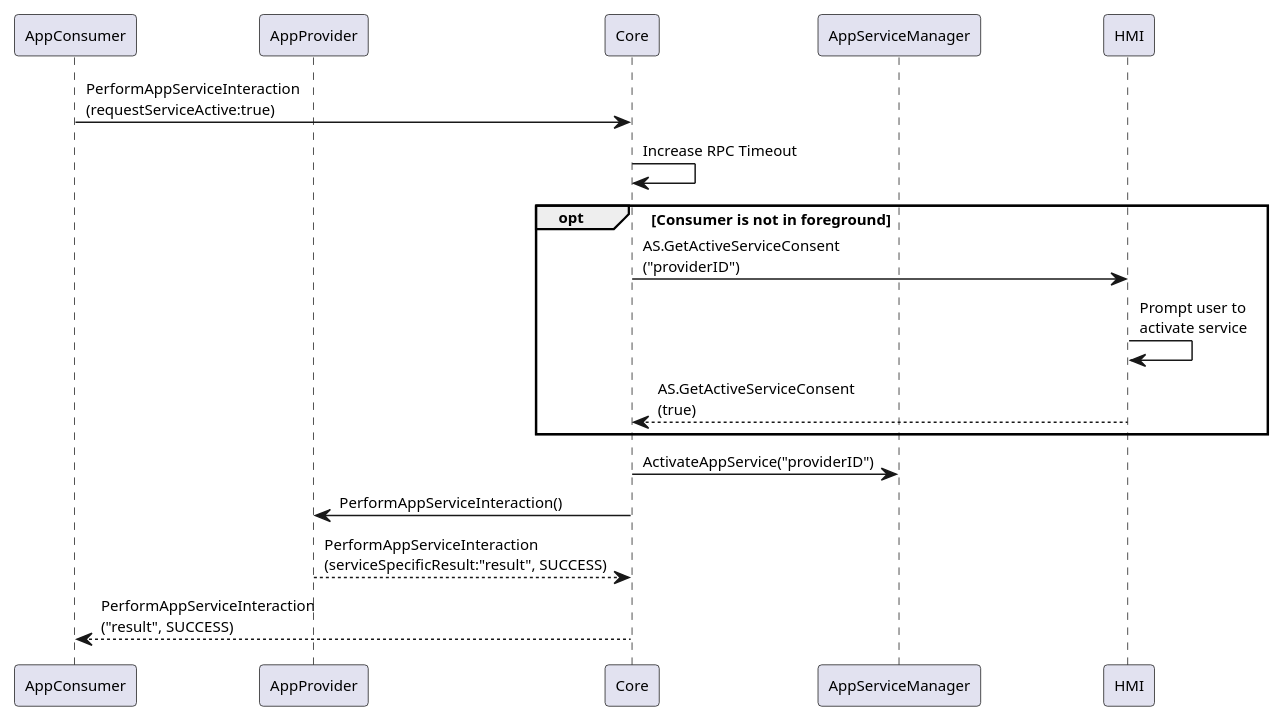
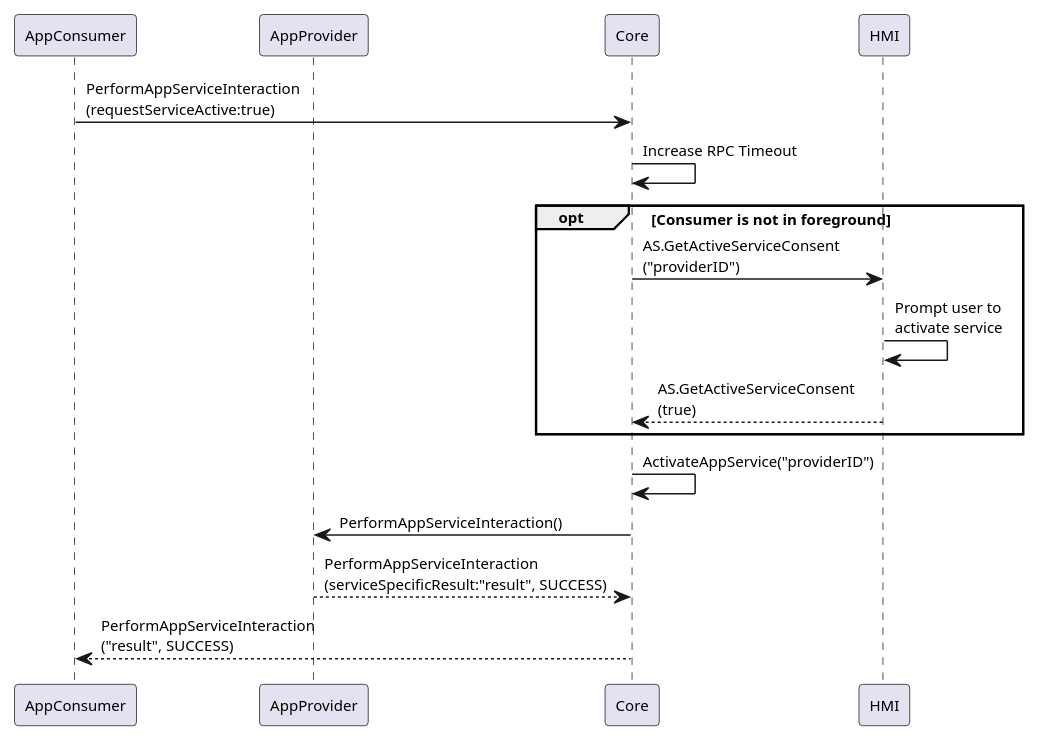
The diagram in docs/AppService/GetActiveServiceConsent/assets/GetActiveServiceConsent_Allow.puml (smartdevicelink/sdl_hmi_integration_guidelines), drawn with PlantUML before and after one commit. The commit also changed 3 other files, not shown here.

Commit message:
Simplify diagrams

```diff
--- a/docs/AppService/GetActiveServiceConsent/assets/GetActiveServiceConsent_Allow.puml
+++ b/docs/AppService/GetActiveServiceConsent/assets/GetActiveServiceConsent_Allow.puml
@@ -1,24 +1,23 @@
 @startuml
 
 skinparam ParticipantPadding 36
 skinparam defaultFontSize 10
 
 participant AppConsumer
 participant AppProvider
 participant Core
-participant AppServiceManager
 participant HMI
 
 AppConsumer -> Core : PerformAppServiceInteraction\n(requestServiceActive:true)
 Core -> Core : Increase RPC Timeout
 opt Consumer is not in foreground
   Core -> HMI : AS.GetActiveServiceConsent\n("providerID")
   HMI -> HMI : Prompt user to \nactivate service
   HMI --> Core : AS.GetActiveServiceConsent\n(true)
 end
-Core -> AppServiceManager : ActivateAppService("providerID")
+Core -> Core : ActivateAppService("providerID")
 Core -> AppProvider : PerformAppServiceInteraction()
 AppProvider --> Core : PerformAppServiceInteraction\n(serviceSpecificResult:"result", SUCCESS)
 
 Core --> AppConsumer : PerformAppServiceInteraction\n("result", SUCCESS)
 @enduml
```
